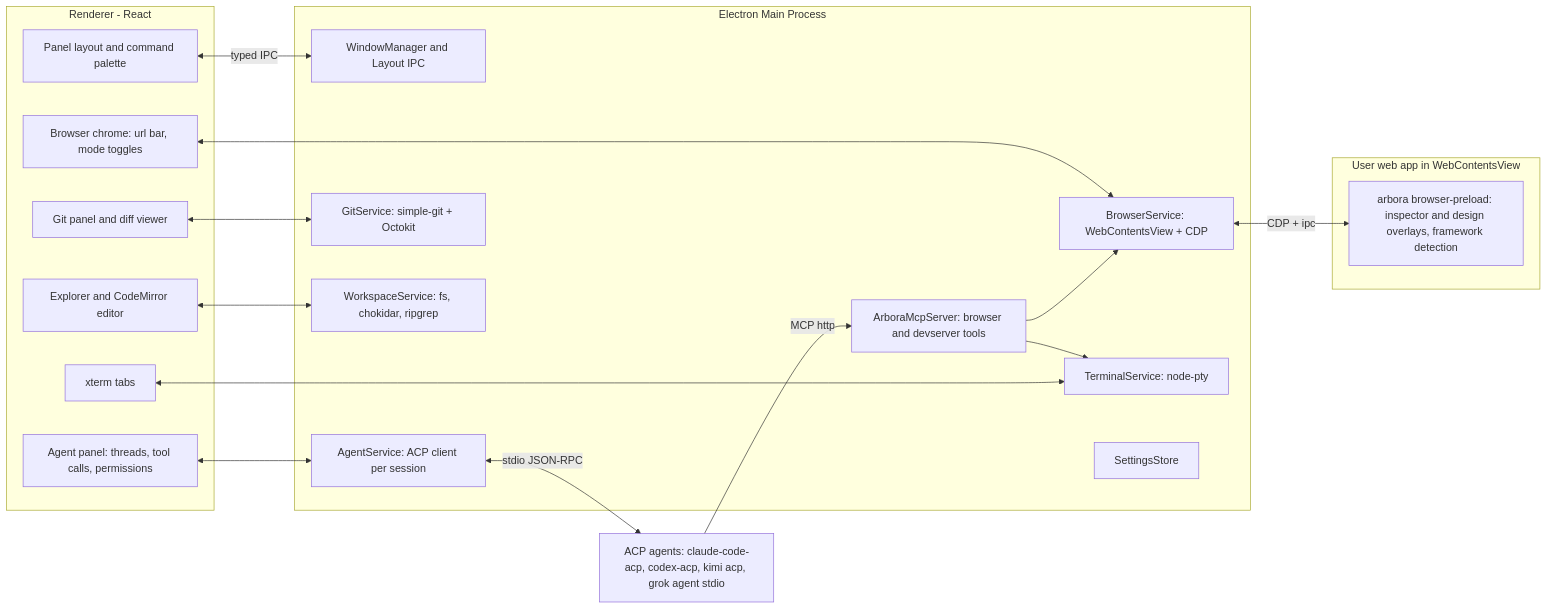
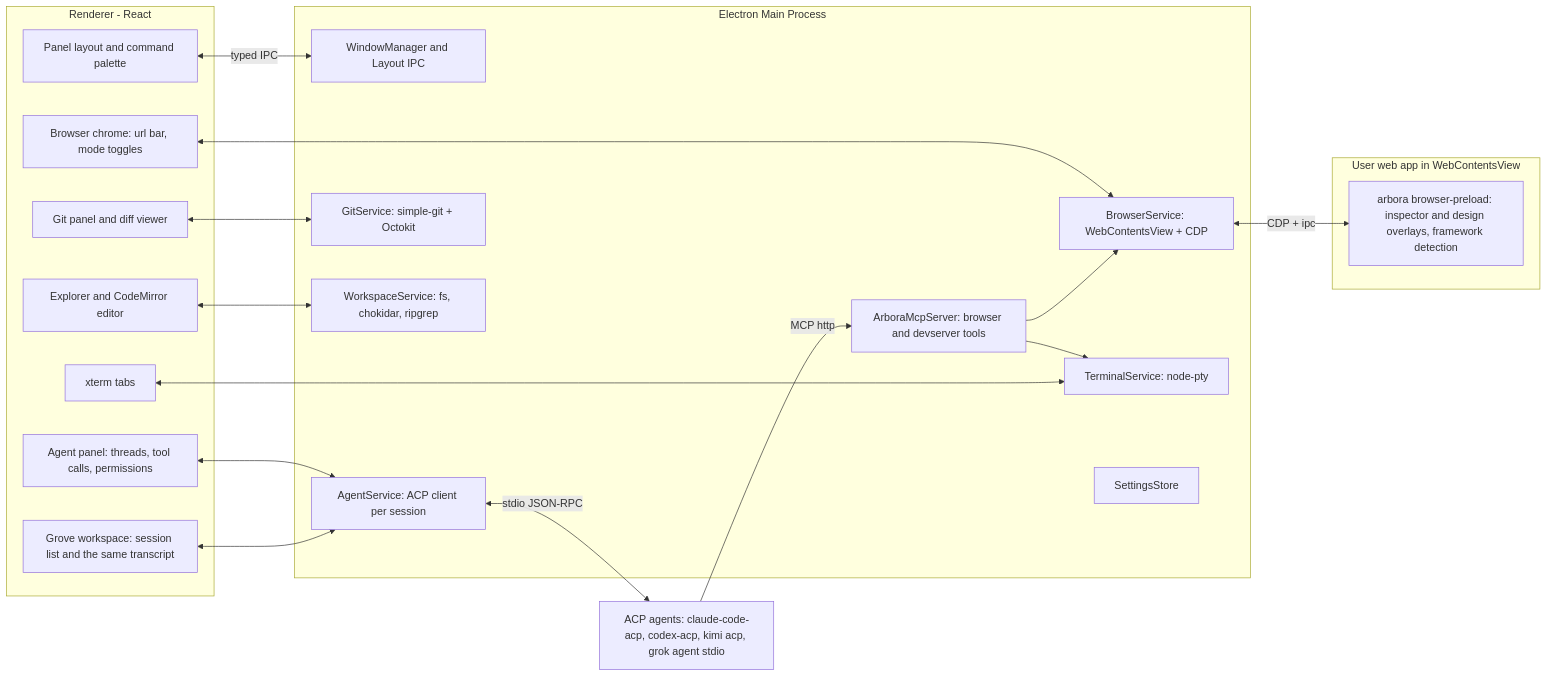
Before and after one commit to maplepreneur/arbora: the diagram in docs/PLAN.md, drawn with Mermaid. The commit also changed other lines of this file and 3 other files, not shown here.

First line of the commit message:
Docs: specify Grove, a second workspace for ACP agents

````diff
--- a/docs/PLAN.md
+++ b/docs/PLAN.md
@@ -85,36 +87,38 @@
 ```mermaid
 flowchart LR
   subgraph main [Electron Main Process]
     AppShell[WindowManager and Layout IPC]
     BrowserSvc[BrowserService: WebContentsView + CDP]
     AgentSvc[AgentService: ACP client per session]
     McpSrv[ArboraMcpServer: browser and devserver tools]
     PtySvc[TerminalService: node-pty]
     GitSvc[GitService: simple-git + Octokit]
     FsSvc[WorkspaceService: fs, chokidar, ripgrep]
     Settings[SettingsStore]
   end
   subgraph renderer [Renderer - React]
     Layout[Panel layout and command palette]
     BrowserUI[Browser chrome: url bar, mode toggles]
     AgentUI[Agent panel: threads, tool calls, permissions]
+    GroveUI[Grove workspace: session list and the same transcript]
     TermUI[xterm tabs]
     GitUI[Git panel and diff viewer]
     FilesUI[Explorer and CodeMirror editor]
   end
   subgraph page [User web app in WebContentsView]
     Preload[arbora browser-preload: inspector and design overlays, framework detection]
   end
   Agents[ACP agents: claude-code-acp, codex-acp, kimi acp, grok agent stdio]
   Layout <-->|typed IPC| AppShell
   BrowserUI <--> BrowserSvc
   BrowserSvc <-->|CDP + ipc| Preload
   AgentUI <--> AgentSvc
+  GroveUI <--> AgentSvc
   AgentSvc <-->|stdio JSON-RPC| Agents
   Agents -->|MCP http| McpSrv
   McpSrv --> BrowserSvc
   McpSrv --> PtySvc
   TermUI <--> PtySvc
   GitUI <--> GitSvc
   FilesUI <--> FsSvc
 ```
````
